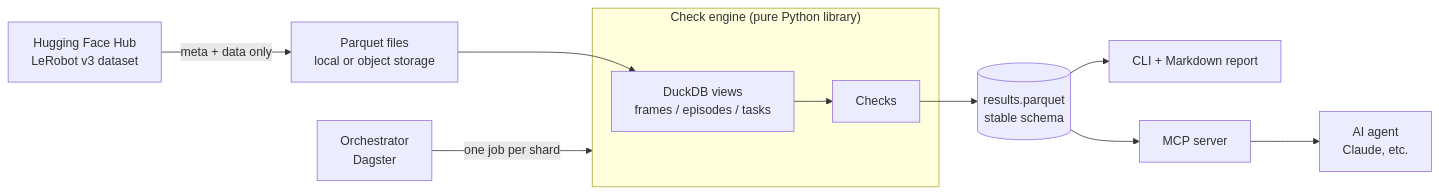
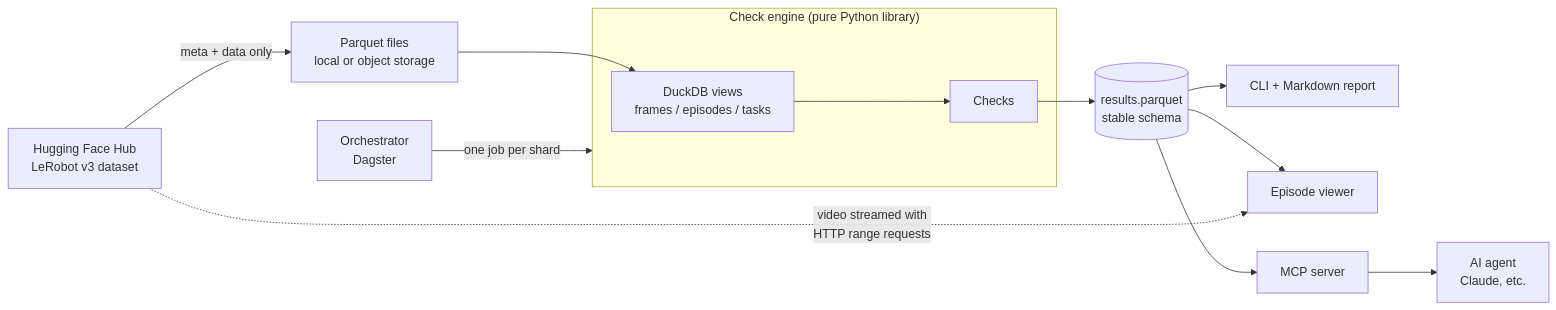
The diagram in README.md (XiaopeiYang/robot-data-check), drawn with Mermaid before and after one commit. The commit also changed other lines of this file and 12 other files, not shown here.

First line of the commit message:
Add episode viewer with synced video, plots and issue timeline

````diff
--- a/README.md
+++ b/README.md
@@ -73,13 +80,15 @@
 ```mermaid
 flowchart LR
     A[Hugging Face Hub<br/>LeRobot v3 dataset] -->|meta + data only| B[Parquet files<br/>local or object storage]
     subgraph Engine["Check engine (pure Python library)"]
         C[DuckDB views<br/>frames / episodes / tasks] --> D[Checks]
     end
     B --> C
     D --> E[(results.parquet<br/>stable schema)]
     E --> F[CLI + Markdown report]
+    E --> V[Episode viewer]
+    A -.->|video streamed with<br/>HTTP range requests| V
     E --> G[MCP server]
     G --> H[AI agent<br/>Claude, etc.]
     I[Orchestrator<br/>Dagster] -->|one job per shard| Engine
 ```
````
